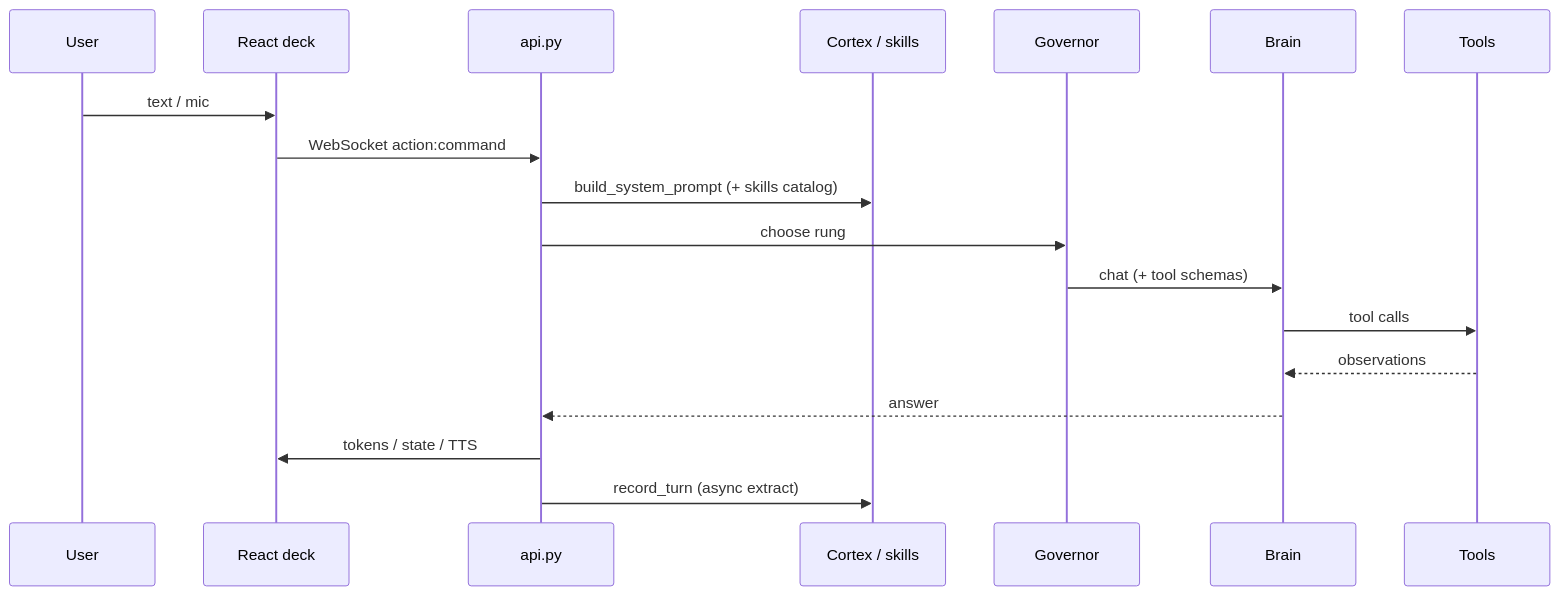
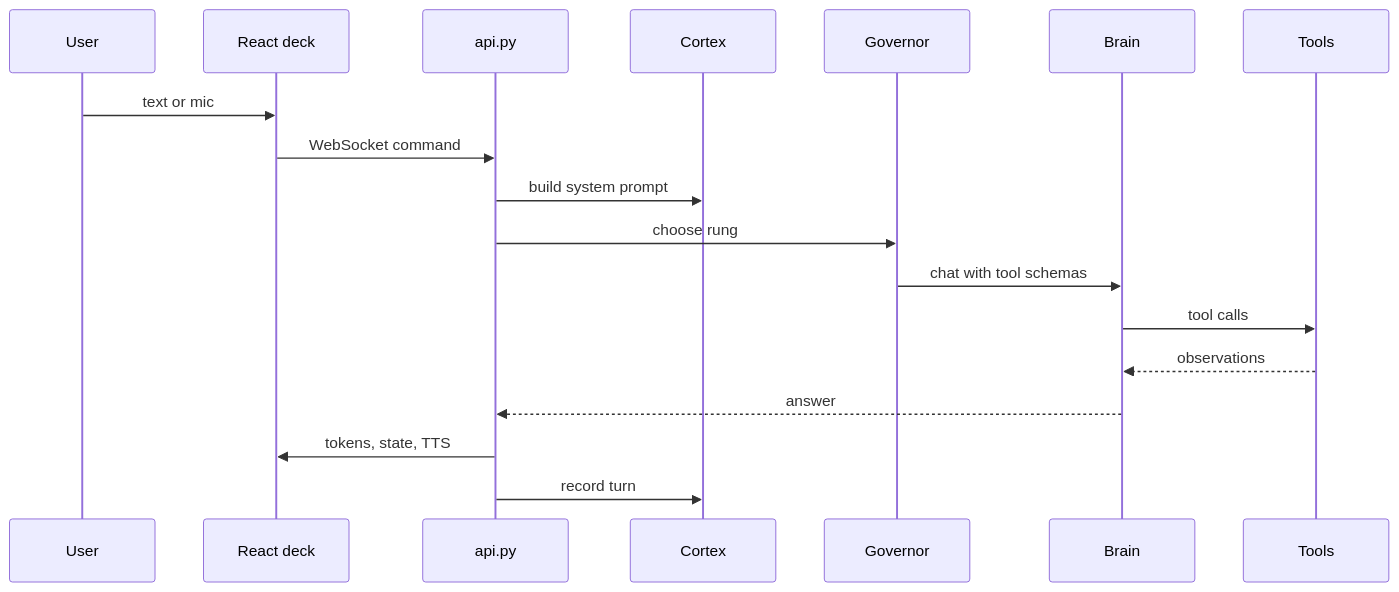
The second of 2 diagrams in README.md (roshansrikanth21/jarv1s), drawn with Mermaid before and after one commit. The commit also changed other lines of this file, not shown here.

First line of the commit message:
Render the architecture diagrams on GitHub again.

````diff
--- a/README.md
+++ b/README.md
@@ -136,21 +136,21 @@
 ```mermaid
 sequenceDiagram
   participant U as User
   participant FE as React deck
   participant API as api.py
-  participant C as Cortex / skills
+  participant C as Cortex
   participant G as Governor
   participant B as Brain
   participant T as Tools
 
-  U->>FE: text / mic
-  FE->>API: WebSocket action:command
-  API->>C: build_system_prompt (+ skills catalog)
+  U->>FE: text or mic
+  FE->>API: WebSocket command
+  API->>C: build system prompt
   API->>G: choose rung
-  G->>B: chat (+ tool schemas)
+  G->>B: chat with tool schemas
   B->>T: tool calls
   T-->>B: observations
   B-->>API: answer
-  API->>FE: tokens / state / TTS
-  API->>C: record_turn (async extract)
+  API->>FE: tokens, state, TTS
+  API->>C: record turn
 ```
````
